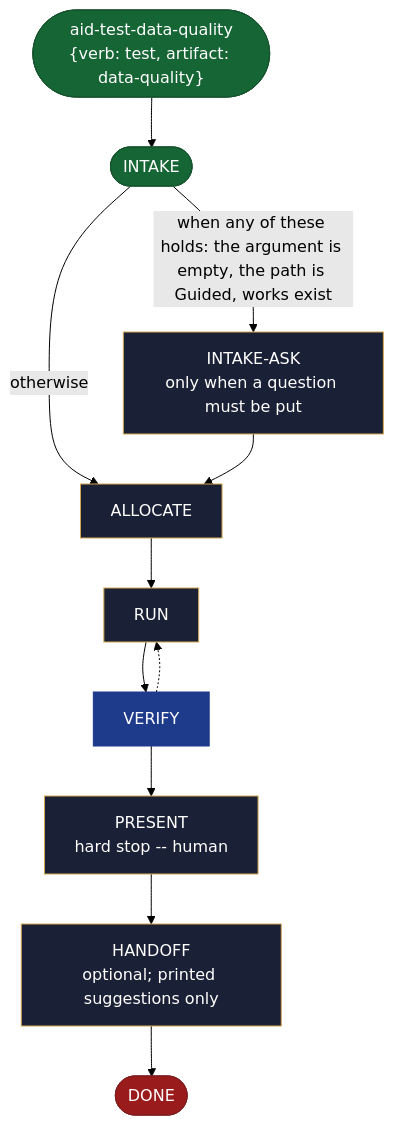
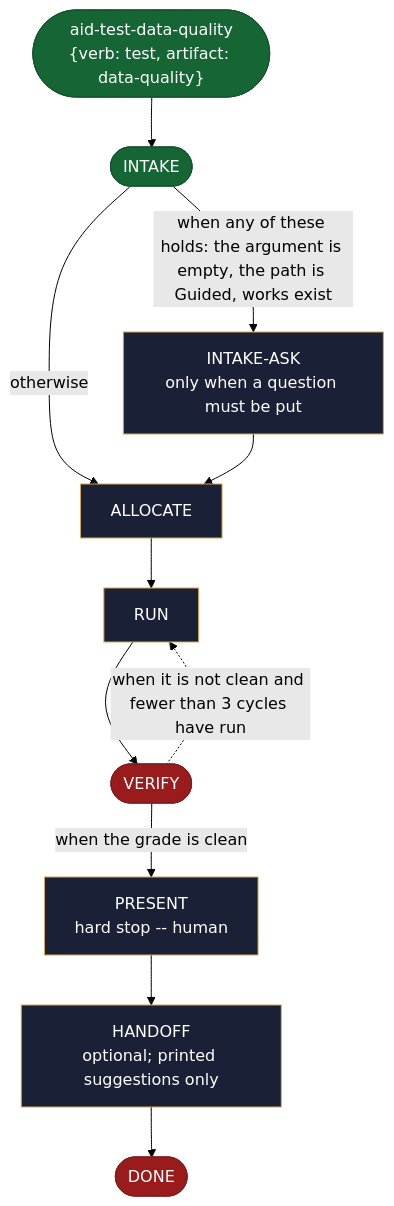
Before and after one commit to AndreVianna/aid-methodology: the diagram in site/src/content/docs/skills/aid-test-data-quality.md, drawn with Mermaid (forest theme). The commit also changed other lines of this file and 258 other files, not shown here.

````diff
--- a/site/src/content/docs/skills/aid-test-data-quality.md
+++ b/site/src/content/docs/skills/aid-test-data-quality.md
@@ -20,46 +20,46 @@
 ```mermaid
 flowchart TB
   classDef aidNode color:#fff
   classDef aidEntry fill:#166534,stroke:#14532d,color:#fff
   classDef aidExit fill:#991b1b,stroke:#7f1d1d,color:#fff
   classDef aidDecision fill:#92400e,stroke:#78350f,color:#fff
   classDef aidLoopBack fill:#1e3a8a,stroke:#1e3a8a,color:#fff
   classDef aidStep fill:#1a2035,stroke:#d4a853,color:#f1f5f9
   n1(["aid-test-data-quality<br/>{verb: test, artifact: data-quality}"])
   n2(["INTAKE"])
   n3["INTAKE-ASK<br/>only when a question must be put"]
   n4["ALLOCATE"]
   n5["RUN"]
-  n6["VERIFY"]
+  n6(["VERIFY"])
   n7["PRESENT<br/>hard stop -- human"]
   n8["HANDOFF<br/>optional; printed suggestions only"]
   n9(["DONE"])
   n1 --> n2
   n2 -->|"when any of these holds: the argument is empty, the path is Guided, works exist"| n3
   n2 -->|"otherwise"| n4
   n3 --> n4
   n4 --> n5
   n5 --> n6
-  n6 -.-> n5
-  n6 --> n7
+  n6 -. "when it is not clean and fewer than 3 cycles have run" .-> n5
+  n6 -->|"when the grade is clean"| n7
   n7 --> n8
   n8 --> n9
   class n1 aidEntry
   class n2 aidEntry
   class n3 aidStep
   class n4 aidStep
   class n5 aidStep
-  class n6 aidLoopBack
+  class n6 aidExit
   class n7 aidStep
   class n8 aidStep
   class n9 aidExit
   class n1 aidNode
   class n2 aidNode
   class n3 aidNode
   class n4 aidNode
   class n5 aidNode
   class n6 aidNode
   class n7 aidNode
   class n8 aidNode
   class n9 aidNode
 ```
````
